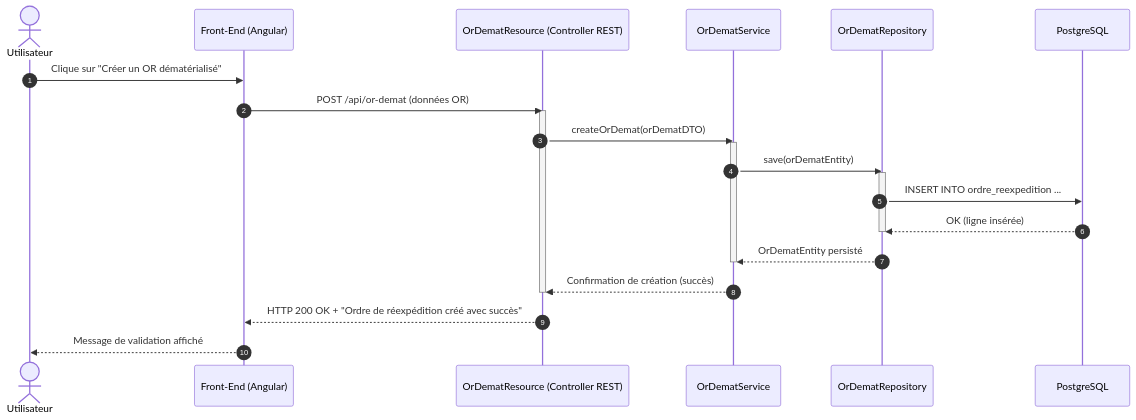
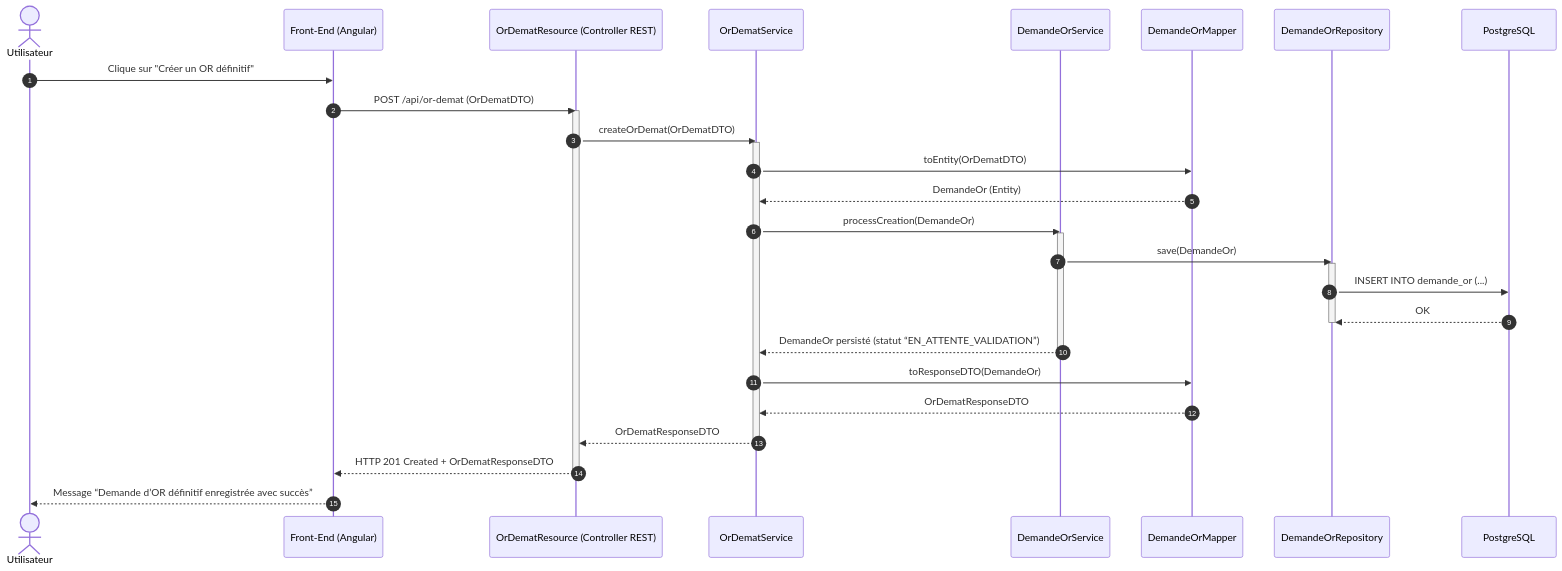
The diagram in Tache 3 Diagramme sequence/tache3.md (FanderFir2875/Stage-OPT-tache-raport-), drawn with Mermaid before and after one commit. The commit also changed other lines of this file and 1 other file, not shown here.

````diff
--- a/Tache 3 Diagramme sequence/tache3.md
+++ b/Tache 3 Diagramme sequence/tache3.md
@@ -56,35 +104,46 @@
 ```mermaid
 sequenceDiagram
     autonumber
 
     actor U as Utilisateur
     participant F as Front-End (Angular)
     participant C as OrDematResource (Controller REST)
     participant S as OrDematService
-    participant R as OrDematRepository
+    participant D as DemandeOrService
+    participant M as DemandeOrMapper
+    participant R as DemandeOrRepository
     participant DB as PostgreSQL
 
-    U->>F: Clique sur "Créer un OR dématérialisé"
-    F->>C: POST /api/or-demat (données OR)
+    U->>F: Clique sur "Créer un OR définitif"
+    F->>C: POST /api/or-demat (OrDematDTO)
     activate C
 
-    C->>S: createOrDemat(orDematDTO)
+    C->>S: createOrDemat(OrDematDTO)
     activate S
 
-    S->>R: save(orDematEntity)
+    S->>M: toEntity(OrDematDTO)
+    M-->>S: DemandeOr (Entity)
+
+    S->>D: processCreation(DemandeOr)
+    activate D
+
+    D->>R: save(DemandeOr)
     activate R
-
-    R->>DB: INSERT INTO ordre_reexpedition ...
-    DB-->>R: OK (ligne insérée)
+    R->>DB: INSERT INTO demande_or (...)
+    DB-->>R: OK
     deactivate R
 
-    R-->>S: OrDematEntity persisté
+    D-->>S: DemandeOr persisté (statut “EN_ATTENTE_VALIDATION”)
+    deactivate D
+
+    S->>M: toResponseDTO(DemandeOr)
+    M-->>S: OrDematResponseDTO
+
+    S-->>C: OrDematResponseDTO
     deactivate S
 
-    S-->>C: Confirmation de création (succès)
+    C-->>F: HTTP 201 Created + OrDematResponseDTO
     deactivate C
 
-    C-->>F: HTTP 200 OK + "Ordre de réexpédition créé avec succès"
-    F-->>U: Message de validation affiché
-
+    F-->>U: Message “Demande d’OR définitif enregistrée avec succès”
 ```
````
